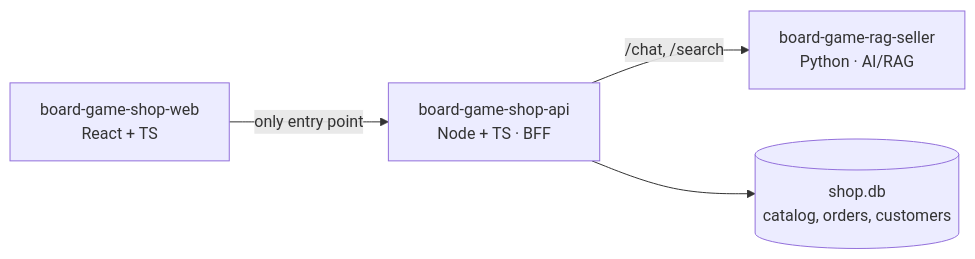
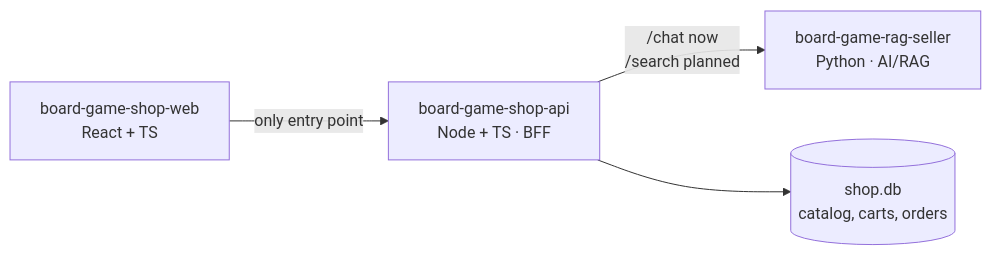
One commit to msporchia/board-game-shop-api changed the first of 3 diagrams in README.md. Above: the diagram before and after it, drawn with Mermaid. The commit also changed other lines of this file and 24 other files, not shown here.

````diff
--- a/README.md
+++ b/README.md
@@ -36,6 +36,6 @@
 ```mermaid
 flowchart LR
     WEB[board-game-shop-web<br/>React + TS] -->|only entry point| SHOP[board-game-shop-api<br/>Node + TS · BFF]
-    SHOP -->|/chat, /search| API[board-game-rag-seller<br/>Python · AI/RAG]
-    SHOP --> DB[(shop.db<br/>catalog, orders, customers)]
+    SHOP -->|/chat now<br/>/search planned| API[board-game-rag-seller<br/>Python · AI/RAG]
+    SHOP --> DB[(shop.db<br/>catalog, carts, orders)]
 ```
````
